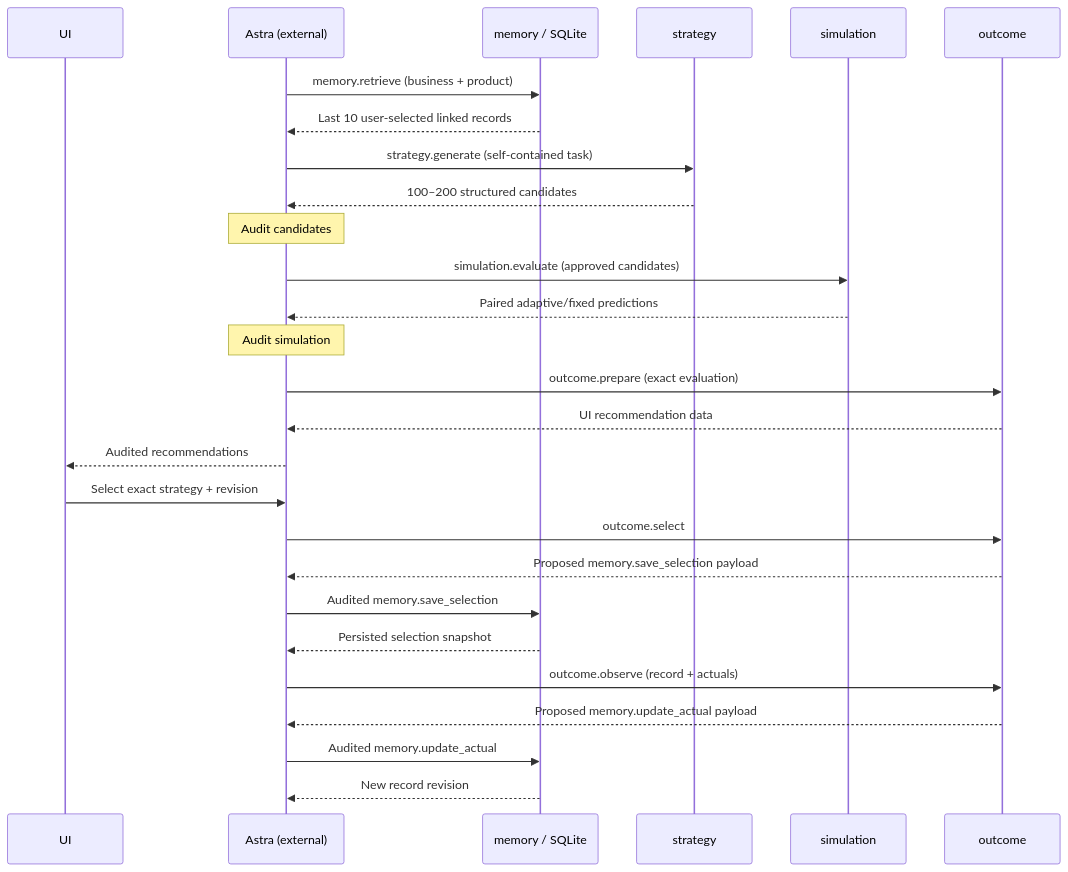
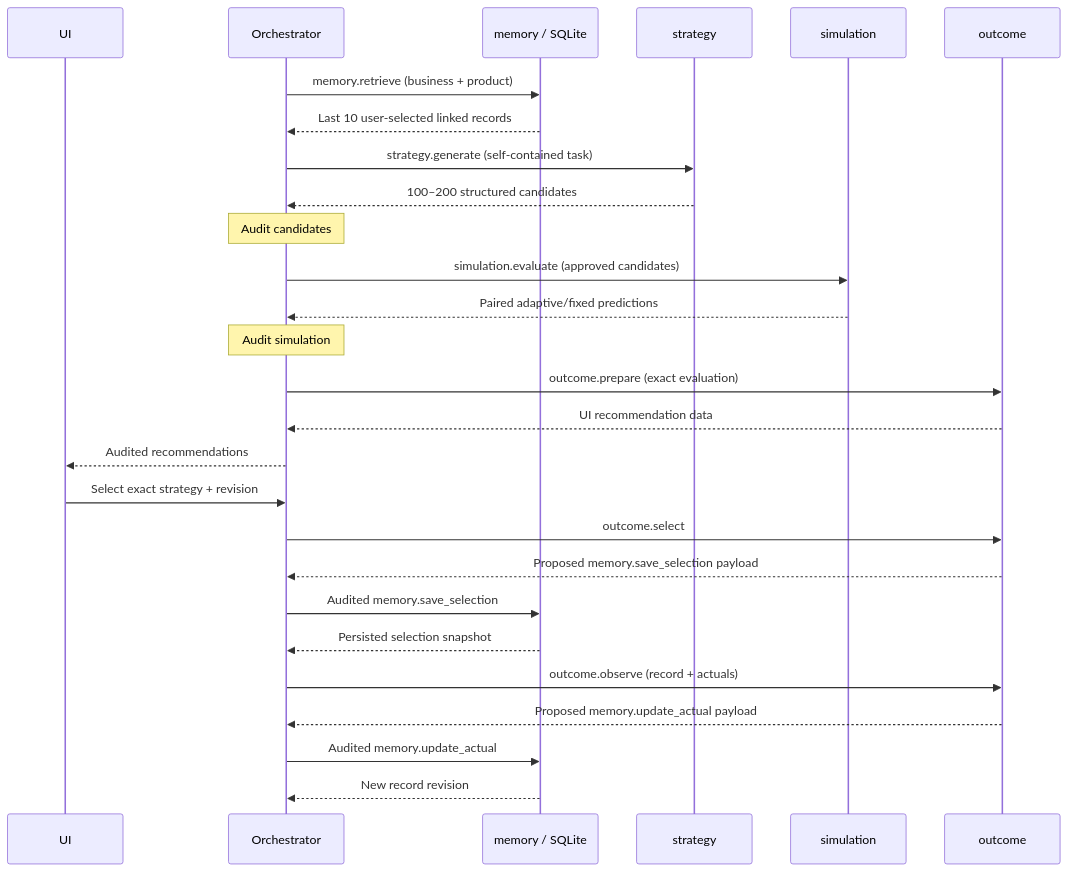
The diagram in simulation_agents/README.md (OPENAIslushd/Backend), drawn with Mermaid before and after one commit. The commit also changed other lines of this file and 11 other files, not shown here.

First line of the commit message:
refactor: rename Astra to Orchestrator in simulation agents

````diff
--- a/simulation_agents/README.md
+++ b/simulation_agents/README.md
@@ -9,29 +9,29 @@
 ```mermaid
 sequenceDiagram
     participant UI
-    participant A as Astra (external)
+    participant A as Orchestrator
     participant M as memory / SQLite
     participant S as strategy
     participant X as simulation
     participant O as outcome
     A->>M: memory.retrieve (business + product)
     M-->>A: Last 10 user-selected linked records
     A->>S: strategy.generate (self-contained task)
     S-->>A: 100–200 structured candidates
     Note over A: Audit candidates
     A->>X: simulation.evaluate (approved candidates)
     X-->>A: Paired adaptive/fixed predictions
     Note over A: Audit simulation
     A->>O: outcome.prepare (exact evaluation)
     O-->>A: UI recommendation data
     A-->>UI: Audited recommendations
     UI->>A: Select exact strategy + revision
     A->>O: outcome.select
     O-->>A: Proposed memory.save_selection payload
     A->>M: Audited memory.save_selection
     M-->>A: Persisted selection snapshot
     A->>O: outcome.observe (record + actuals)
     O-->>A: Proposed memory.update_actual payload
     A->>M: Audited memory.update_actual
     M-->>A: New record revision
 ```
````
